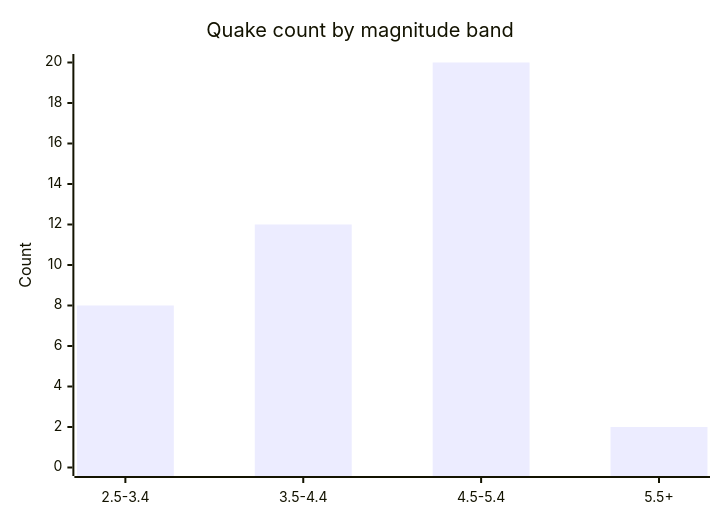
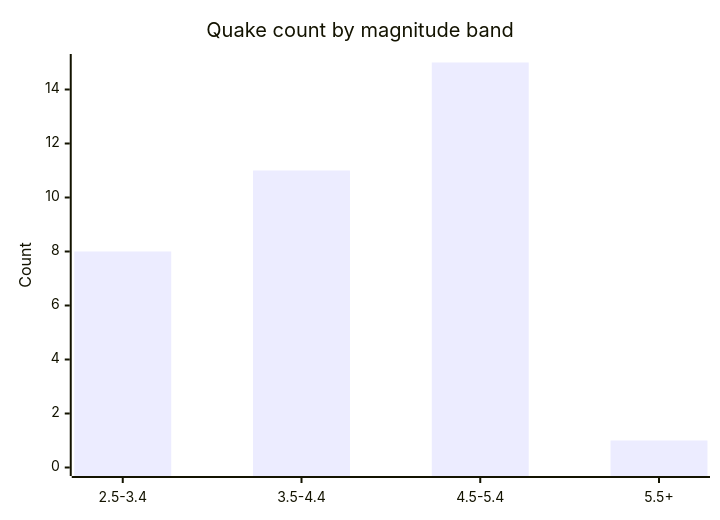
Before and after one commit to Midwest-Stratospheric/aerostratospheric-defense-gir: the fifth of 6 diagrams in docs/GRAPHS.md, drawn with Mermaid. The commit also changed other lines of this file and 26 other files, not shown here.

````diff
--- a/docs/GRAPHS.md
+++ b/docs/GRAPHS.md
@@ -82,7 +82,7 @@
 ```mermaid
 xychart-beta
   title "Quake count by magnitude band"
   x-axis ["2.5-3.4", "3.5-4.4", "4.5-5.4", "5.5+"]
-  y-axis "Count" 0 --> 20
-  bar [8, 12, 20, 2]
+  y-axis "Count" 0 --> 15
+  bar [8, 11, 15, 1]
 ```
````
